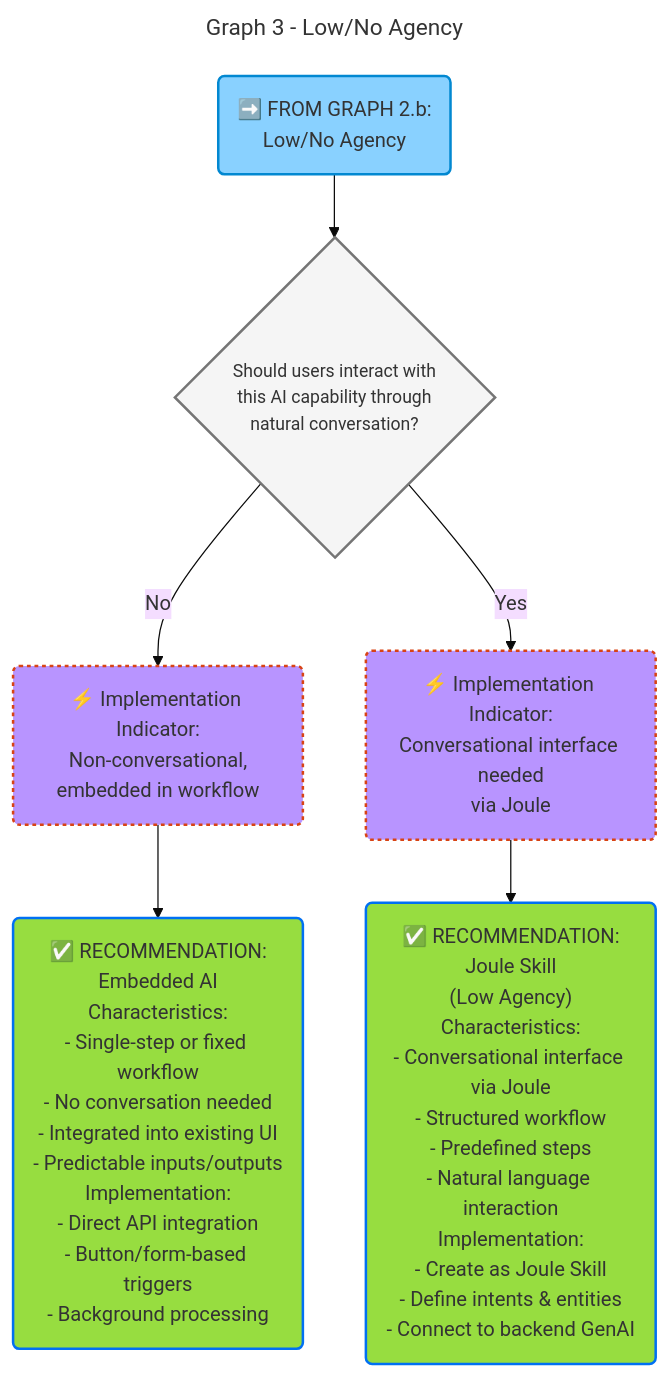
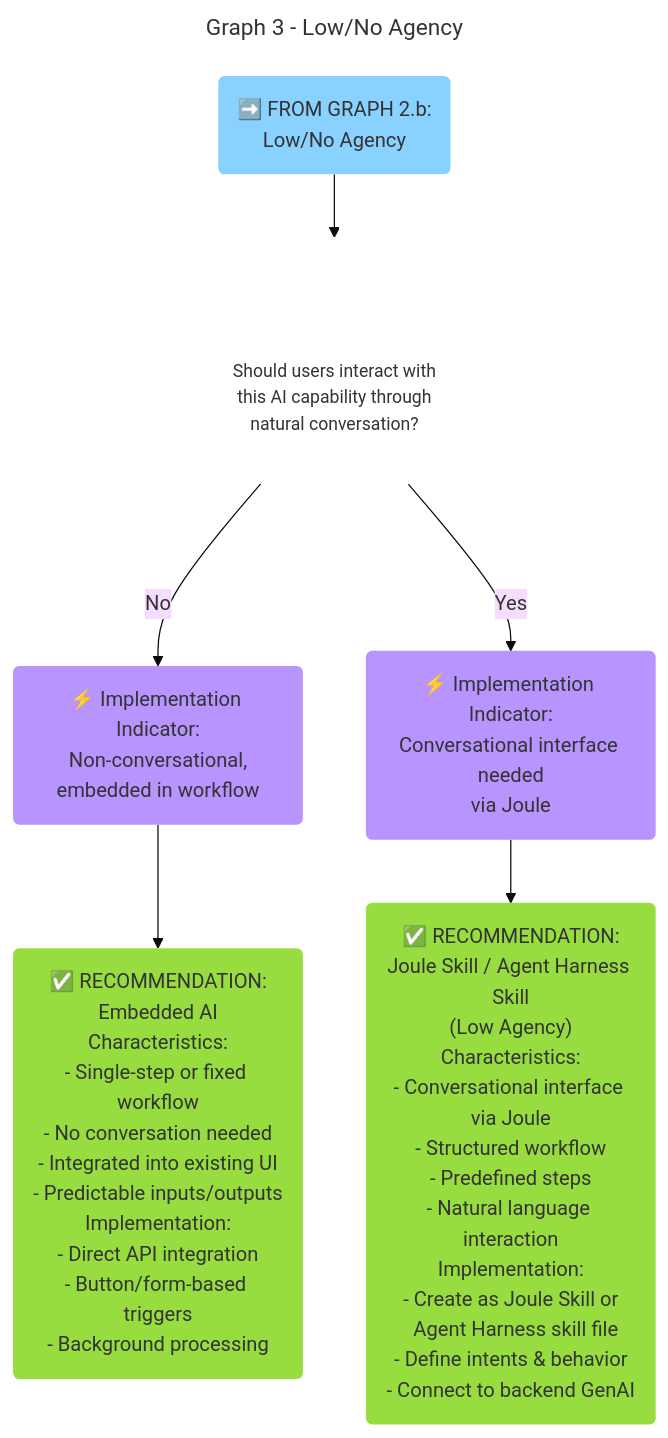
Before and after one commit to SAP/architecture-center: the fourth of 5 diagrams in docs/golden-path/ai-golden-path/1-technology-overview/readme.md, drawn with Mermaid (base theme). The commit also changed other lines of this file and 9 other files, not shown here.

````diff
--- a/docs/golden-path/ai-golden-path/1-technology-overview/readme.md
+++ b/docs/golden-path/ai-golden-path/1-technology-overview/readme.md
@@ -339,34 +345,34 @@
 ```mermaid
 ---
 title: Graph 3 - Low/No Agency
 ---
 flowchart TD
     StartG3("➡️ FROM GRAPH 2.b:<br>Low/No Agency")
 
     StartG3 --> ConvLow{"Should users interact with<br>this AI capability through<br>natural conversation?"}
 
     ConvLow -->|No|CheckEmbedded("⚡ Implementation Indicator:<br>Non-conversational,<br>embedded in workflow")
 
     ConvLow -->|Yes|CheckJoule("⚡ Implementation Indicator:<br>Conversational interface needed<br>via Joule")
 
     CheckEmbedded --> R1
     CheckJoule --> R2
 
     %% Results at bottom
     R1("✅ RECOMMENDATION:<br>Embedded AI<br>Characteristics:<br>- Single-step or fixed workflow<br>- No conversation needed<br>- Integrated into existing UI<br>- Predictable inputs/outputs<br>Implementation:<br>- Direct API integration<br>- Button/form-based triggers<br>- Background processing")
 
-    R2("✅ RECOMMENDATION:<br>Joule Skill<br>(Low Agency)<br>Characteristics:<br>- Conversational interface via Joule<br>- Structured workflow<br>- Predefined steps<br>- Natural language interaction<br>Implementation:<br>- Create as Joule Skill<br>- Define intents & entities<br>- Connect to backend GenAI")
+    R2("✅ RECOMMENDATION:<br>Joule Skill / Agent Harness Skill<br>(Low Agency)<br>Characteristics:<br>- Conversational interface via Joule<br>- Structured workflow<br>- Predefined steps<br>- Natural language interaction<br>Implementation:<br>- Create as Joule Skill or<br>  Agent Harness skill file<br>- Define intents & behavior<br>- Connect to backend GenAI")
 
     %% Styling
-    classDef decision fill:#f5f5f5,stroke:#757575,stroke-width:2px,font-size:14
-    classDef warning fill:#FFC933,stroke:#f44336,stroke-width:2px
-    classDef indicator fill:#B894FF,stroke:#d84315,stroke-width:2px,stroke-dasharray: 3 3
-    classDef continueNext fill:#89D1FF,stroke:#0288d1,stroke-width:2px
-    classDef startNode fill:#89D1FF,stroke:#0070F2,stroke-width:2px
-    classDef recommendation fill:#97DD40,stroke:#0070F2,stroke-width:2px
+    classDef decision fill:#FFF,stroke:#757575,stroke-width:0px,font-size:14
+    classDef warning fill:#FFC933,stroke:#f44336,stroke-width:0px
+    classDef indicator fill:#B894FF,stroke:#d84315,stroke-width:0px,stroke-dasharray: 3 3
+    classDef continueNext fill:#89D1FF,stroke:#0288d1,stroke-width:0px
+    classDef startNode fill:#89D1FF,stroke:#0070F2,stroke-width:0px
+    classDef recommendation fill:#97DD40,stroke:#0070F2,stroke-width:0px
 
     class StartG3 continueNext
     class ConvLow decision
     class R1,R2 recommendation
     class CheckJoule,CheckEmbedded indicator
 ```
````
